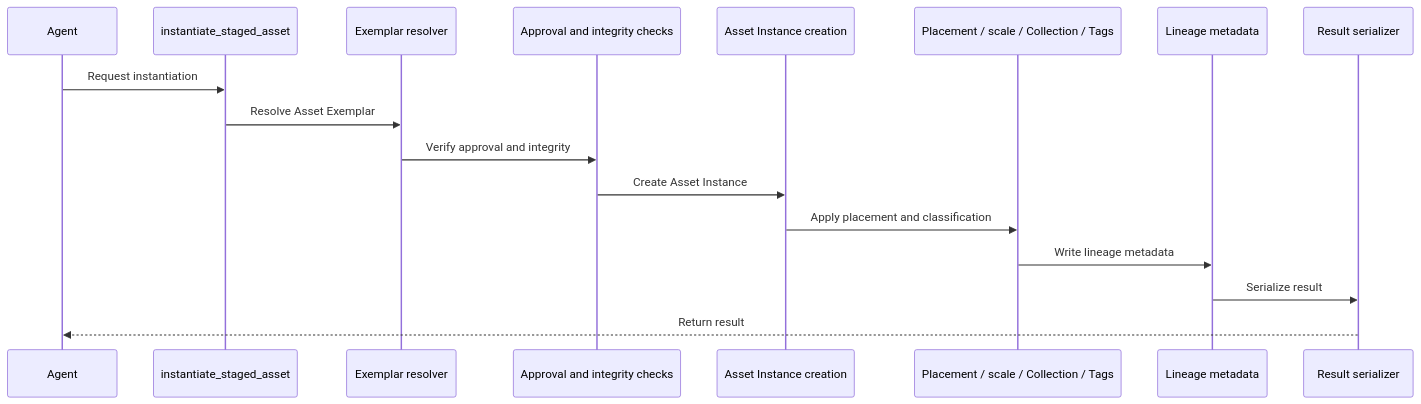
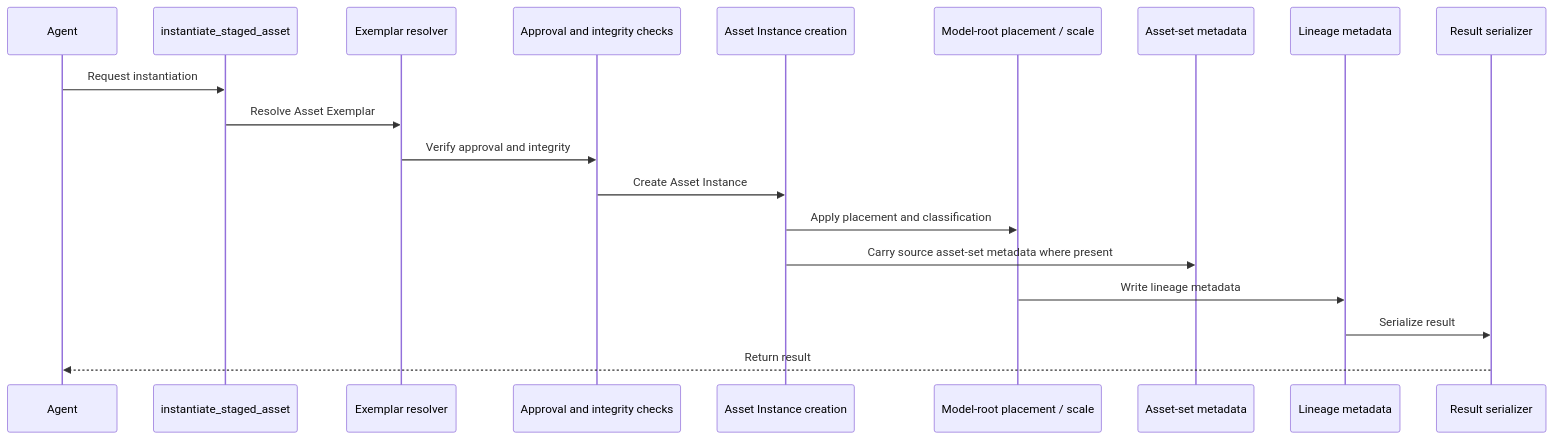
The second of 4 diagrams in specifications/hlds/hld-asset-exemplar-reuse.md (SidhNor/sketchup-mcp-server), drawn with Mermaid before and after one commit. The commit also changed other lines of this file and 10 other files, not shown here.

````diff
--- a/specifications/hlds/hld-asset-exemplar-reuse.md
+++ b/specifications/hlds/hld-asset-exemplar-reuse.md
@@ -131,20 +150,22 @@
 ```mermaid
 sequenceDiagram
   participant Agent
   participant Tool as instantiate_staged_asset
   participant Resolver as Exemplar resolver
   participant Integrity as Approval and integrity checks
   participant Instance as Asset Instance creation
-  participant Placement as Placement / scale / Collection / Tags
+  participant Placement as Model-root placement / scale
+  participant AssetSet as Asset-set metadata
   participant Metadata as Lineage metadata
   participant Serializer as Result serializer
 
   Agent->>Tool: Request instantiation
   Tool->>Resolver: Resolve Asset Exemplar
   Resolver->>Integrity: Verify approval and integrity
   Integrity->>Instance: Create Asset Instance
   Instance->>Placement: Apply placement and classification
+  Instance->>AssetSet: Carry source asset-set metadata where present
   Placement->>Metadata: Write lineage metadata
   Metadata->>Serializer: Serialize result
   Serializer-->>Agent: Return result
 ```
````
